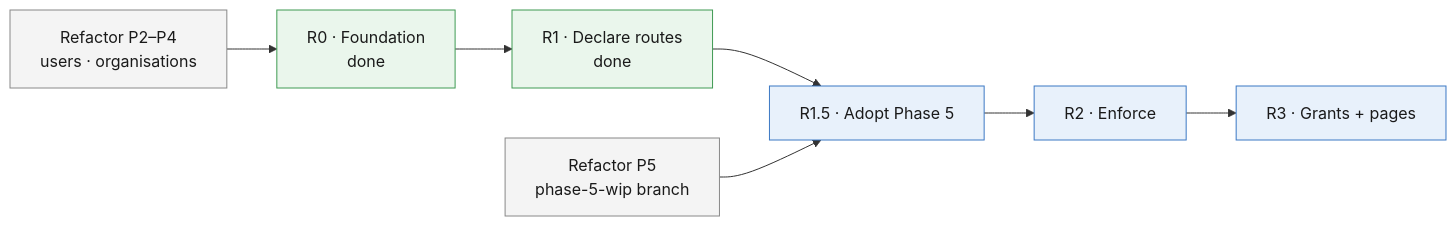
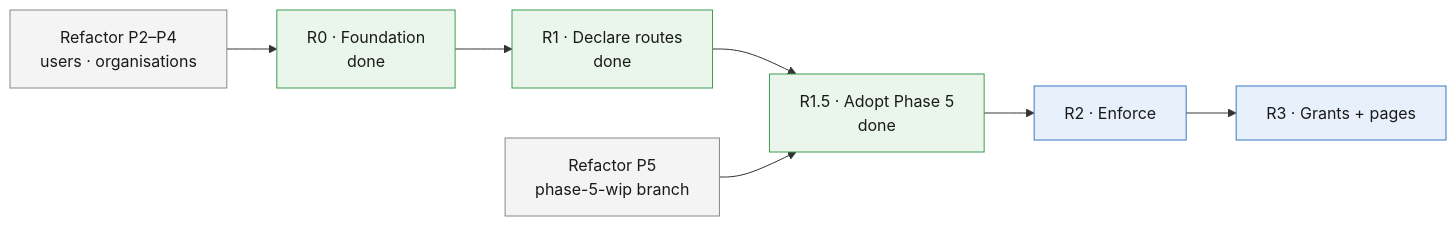
One commit to Blue-Dots-Economy/aggregator-dpg changed the first of 2 diagrams in docs/rbac/rbac-implementation-plan.md. Above: the diagram before and after it, drawn with Mermaid. The commit also changed other lines of this file and 18 other files, not shown here.

First line of the commit message:
feat(rbac): adopt Phase 5's actor resolver and requireActor (R1.5)

````diff
--- a/docs/rbac/rbac-implementation-plan.md
+++ b/docs/rbac/rbac-implementation-plan.md
@@ -21,22 +21,22 @@
 ```mermaid
 flowchart LR
     P3["Refactor P2–P4<br/>users · organisations"]
     R0["R0 · Foundation<br/>done"]
     R1["R1 · Declare routes<br/>done"]
     P5["Refactor P5<br/>phase-5-wip branch"]
-    R15["R1.5 · Adopt Phase 5"]
+    R15["R1.5 · Adopt Phase 5<br/>done"]
     R2["R2 · Enforce"]
     R3["R3 · Grants + pages"]
     P3 --> R0
     R0 --> R1
     R1 --> R15
     P5 --> R15
     R15 --> R2
     R2 --> R3
     classDef ref fill:#f4f4f4,stroke:#888,color:#1a1a1a
     classDef done fill:#eaf6ec,stroke:#3f9a52,color:#1a1a1a
     classDef todo fill:#e8f1fb,stroke:#3b78c4,color:#1a1a1a
     class P3,P5 ref
-    class R0,R1 done
-    class R15,R2,R3 todo
+    class R0,R1,R15 done
+    class R2,R3 todo
 ```
````
